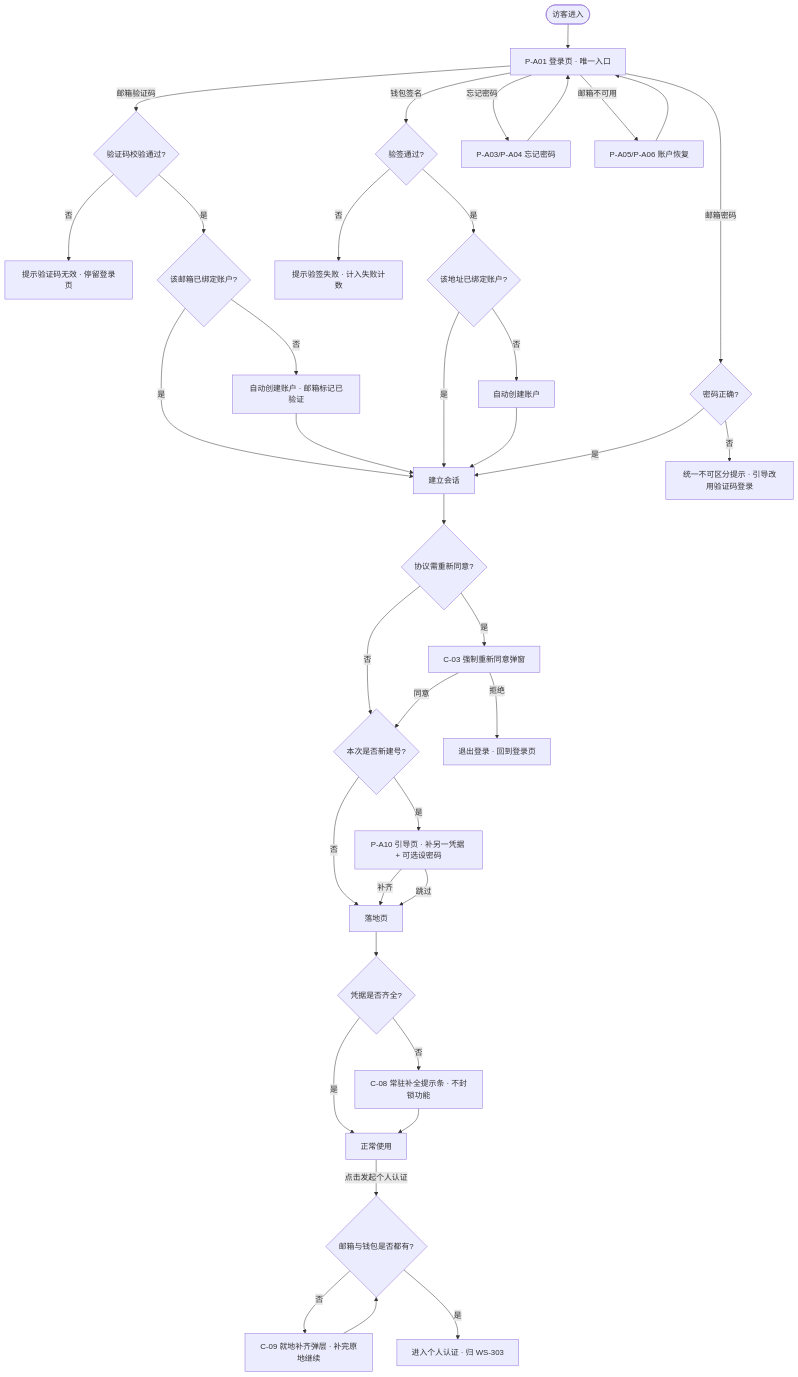
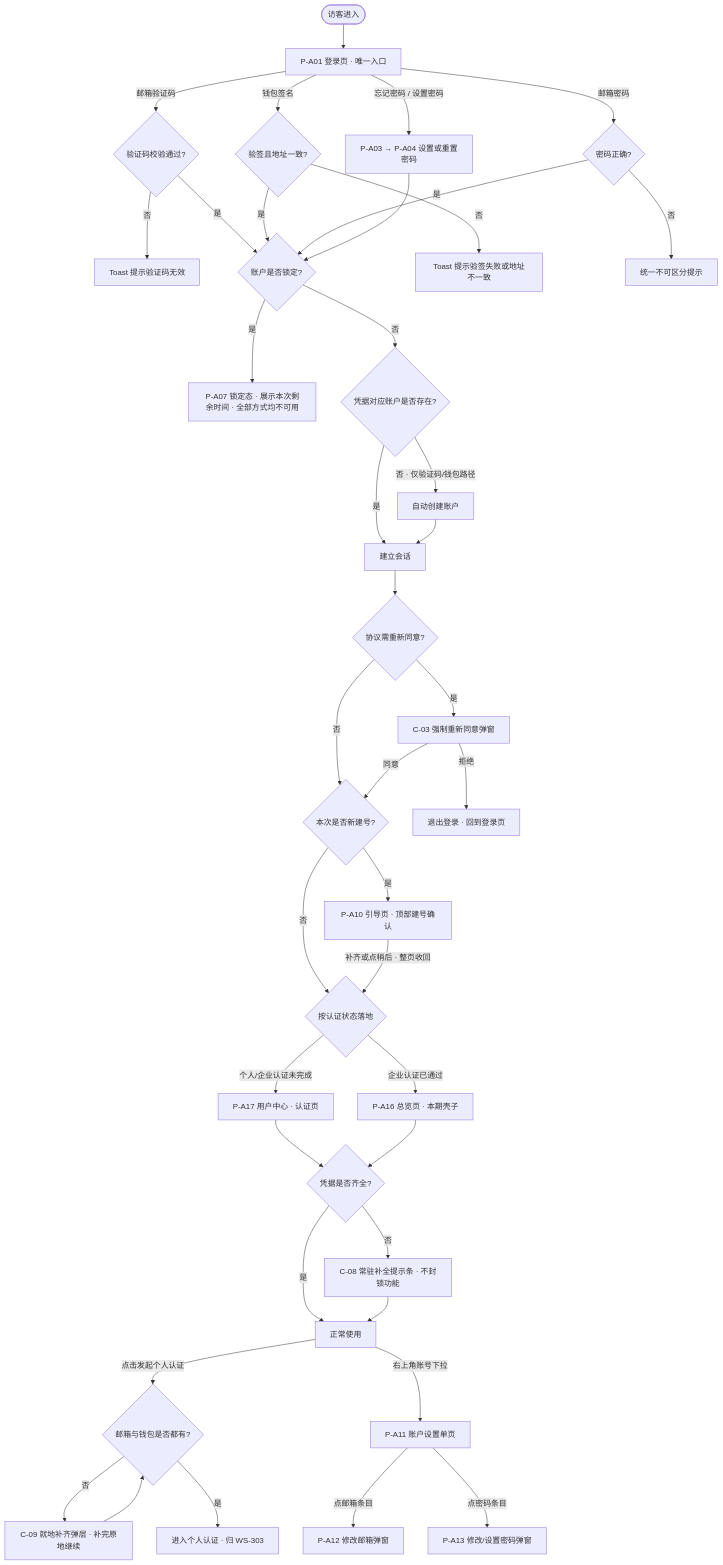
The first of 11 diagrams in prd/v1.0-账户与登录-PRD.md (wxblockchain/Chain-Financing), drawn with Mermaid before and after one commit. The commit also changed other lines of this file, not shown here.

````diff
--- a/prd/v1.0-账户与登录-PRD.md
+++ b/prd/v1.0-账户与登录-PRD.md
@@ -202,49 +196,51 @@
 ```mermaid
 flowchart TD
     Start([访客进入]) --> Login[P-A01 登录页 · 唯一入口]
 
     Login -->|邮箱验证码| LC{验证码校验通过?}
-    Login -->|钱包签名| LW{验签通过?}
+    Login -->|钱包签名| LW{验签且地址一致?}
     Login -->|邮箱密码| LP{密码正确?}
+    Login -->|忘记密码 / 设置密码| PW[P-A03 → P-A04 设置或重置密码]
 
-    LC -->|否| LCErr[提示验证码无效 · 停留登录页]
-    LC -->|是| LCNew{该邮箱已绑定账户?}
-    LCNew -->|否| Create1[自动创建账户 · 邮箱标记已验证]
-    LCNew -->|是| Sess[建立会话]
-    Create1 --> Sess
+    LC -->|否| LCErr[Toast 提示验证码无效]
+    LC -->|是| Lock{账户是否锁定?}
+    LW -->|否| LWErr[Toast 提示验签失败或地址不一致]
+    LW -->|是| Lock
+    LP -->|否| LPErr[统一不可区分提示]
+    LP -->|是| Lock
+    PW --> Lock
 
-    LW -->|否| LWErr[提示验签失败 · 计入失败计数]
-    LW -->|是| LWNew{该地址已绑定账户?}
-    LWNew -->|否| Create2[自动创建账户]
-    LWNew -->|是| Sess
-    Create2 --> Sess
-
-    LP -->|否| LPErr[统一不可区分提示 · 引导改用验证码登录]
-    LP -->|是| Sess
+    Lock -->|是| Locked[P-A07 锁定态 · 展示本次剩余时间 · 全部方式均不可用]
+    Lock -->|否| New{凭据对应账户是否存在?}
+    New -->|否 · 仅验证码/钱包路径| Create[自动创建账户]
+    New -->|是| Sess[建立会话]
+    Create --> Sess
 
     Sess --> Agree{协议需重新同意?}
     Agree -->|是| Modal[C-03 强制重新同意弹窗]
     Agree -->|否| First{本次是否新建号?}
     Modal -->|同意| First
     Modal -->|拒绝| Logout[退出登录 · 回到登录页]
 
-    First -->|是| Guide[P-A10 引导页 · 补另一凭据 + 可选设密码]
-    First -->|否| Home[落地页]
-    Guide -->|补齐| Home
-    Guide -->|跳过| Home
+    First -->|是| Guide[P-A10 引导页 · 顶部建号确认]
+    First -->|否| Landing
+    Guide -->|补齐或点稍后 · 整页收回| Landing
 
-    Home --> Bar{凭据是否齐全?}
+    Landing{按认证状态落地} -->|个人/企业认证未完成| UC[P-A17 用户中心 · 认证页]
+    Landing -->|企业认证已通过| OV[P-A16 总览页 · 本期壳子]
+
+    UC --> Bar{凭据是否齐全?}
+    OV --> Bar
     Bar -->|否| Tip[C-08 常驻补全提示条 · 不封锁功能]
     Bar -->|是| Normal[正常使用]
     Tip --> Normal
 
     Normal -->|点击发起个人认证| Gate{邮箱与钱包是否都有?}
     Gate -->|否| Inline[C-09 就地补齐弹层 · 补完原地继续]
     Gate -->|是| KYC[进入个人认证 · 归 WS-303]
     Inline --> Gate
 
-    Login -->|忘记密码| FP[P-A03/P-A04 忘记密码]
-    Login -->|邮箱不可用| RC[P-A05/P-A06 账户恢复]
-    FP --> Login
-    RC --> Login
+    Normal -->|右上角账号下拉| Acc[P-A11 账户设置单页]
+    Acc -->|点邮箱条目| MailDlg[P-A12 修改邮箱弹窗]
+    Acc -->|点密码条目| PwdDlg[P-A13 修改/设置密码弹窗]
 ```
````
